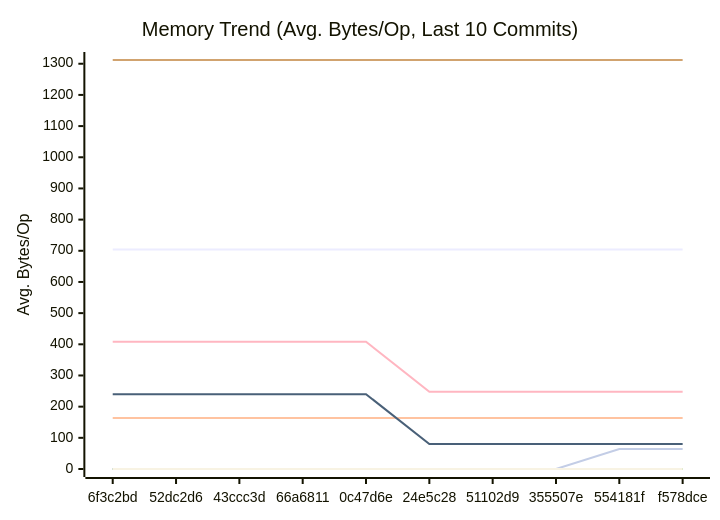
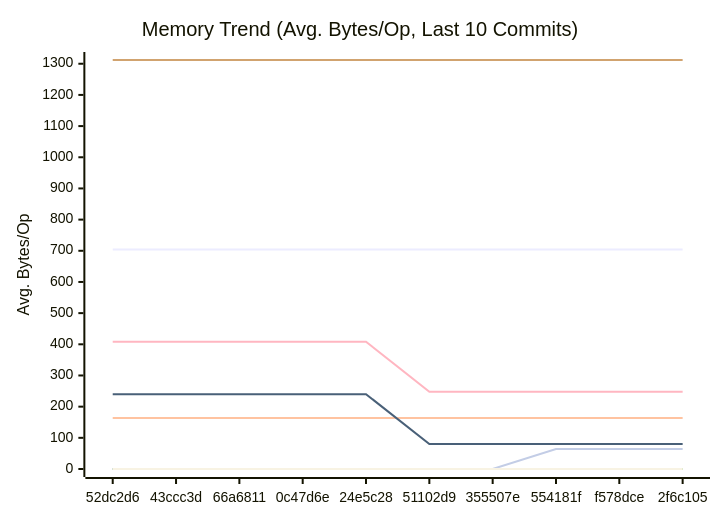
The second of 3 diagrams in docs/PERFORMANCE.md (alsotoes/momo), drawn with Mermaid before and after one commit. The commit also changed other lines of this file and 5 other files, not shown here.

````diff
--- a/docs/PERFORMANCE.md
+++ b/docs/PERFORMANCE.md
@@ -152,18 +152,18 @@
 ```mermaid
 xychart-beta
     title "Memory Trend (Avg. Bytes/Op, Last 10 Commits)"
     x-axis "Commit"
     y-axis "Avg. Bytes/Op"
-    x-axis [6f3c2bd,52dc2d6,43ccc3d,66a6811,0c47d6e,24e5c28,51102d9,355507e,554181f,f578dce]
+    x-axis [52dc2d6,43ccc3d,66a6811,0c47d6e,24e5c28,51102d9,355507e,554181f,f578dce,2f6c105]
     line "CheckMetricsAndSwap" [0,0,0,0,0,0,0,0,0,0]
     line "CrushOptimized" [0,0,0,0,0,0,0,0,0,0]
     line "CrushOriginal" [164,164,164,164,164,164,164,164,164,164]
     line "IndexDirectTracking" [0,0,0,0,0,0,0,0,0,0]
     line "IndexSearch" [0,0,0,0,0,0,0,0,0,0]
     line "LoadGlobalConfig" [1312,1312,1312,1312,1312,1312,1312,1312,1312,1312]
-    line "PadString" [0,0,0,0,0,0,0,0,64,64]
+    line "PadString" [0,0,0,0,0,0,0,64,64,64]
     line "ParseReplicationOrder_NoPrealloc" [408,408,408,408,408,248,248,248,248,248]
     line "ParseReplicationOrder_Prealloc" [240,240,240,240,240,80,80,80,80,80]
     line "SanitizeLog/Safe" [0,0,0,0,0,0,0,0,0,0]
     line "SanitizeLog/Unsafe" [704,704,704,704,704,704,704,704,704,704]
 ```
````
